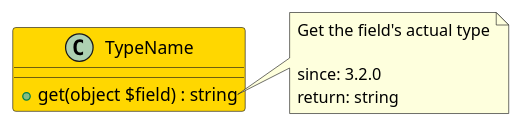
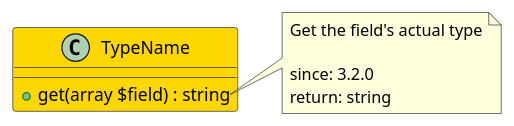
One commit to joomengine/jcb-compiler changed the diagram in src/eb33420d-359d-44a5-852e-613aef1feaae/README.md. Above: the diagram before and after it, drawn with PlantUML. The commit also changed 725 other files, not shown here.

````diff
--- a/src/eb33420d-359d-44a5-852e-613aef1feaae/README.md
+++ b/src/eb33420d-359d-44a5-852e-613aef1feaae/README.md
@@ -11,15 +11,15 @@
 ```uml
 @startuml
 class TypeName  #Gold {
-  + get(object $field) : string
+  + get(array $field) : string
 }
 
 note right of TypeName::get
   Get the field's actual type
 
   since: 3.2.0
   return: string
 end note
  
 @enduml
 ```
````
